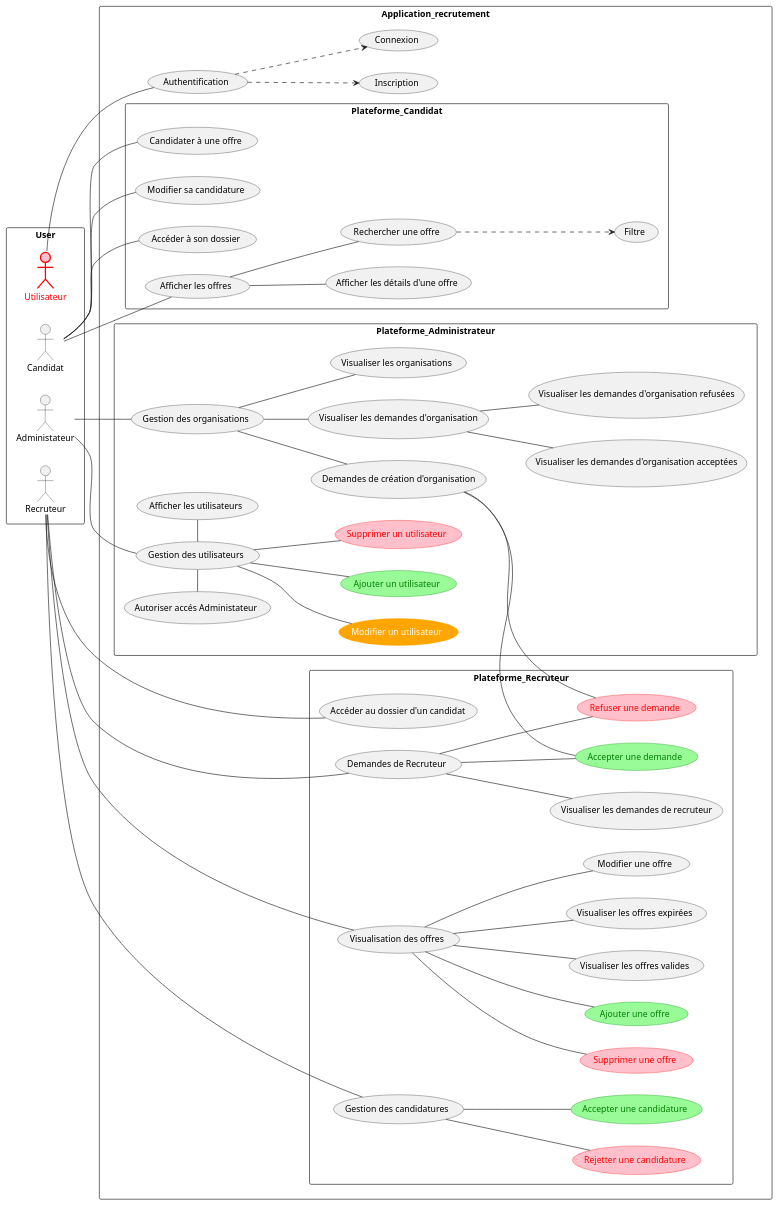
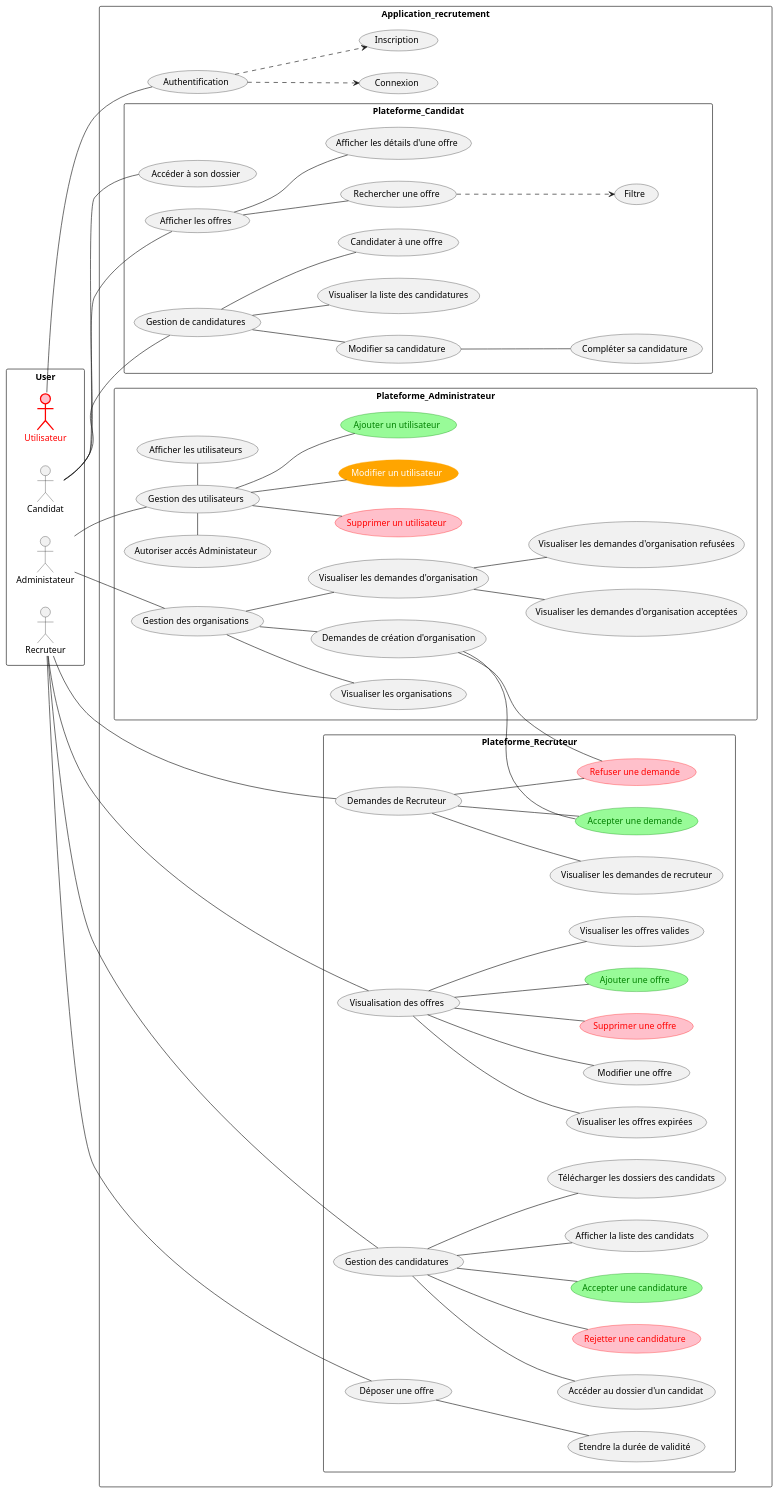
Before and after one commit to sacha-sz/UTC-SR10: the diagram in Usecase.pu, drawn with PlantUML. The commit also changed 1 other file, not shown here.

```diff
--- a/Usecase.pu
+++ b/Usecase.pu
@@ -1,83 +1,94 @@
 @startuml Usecase
 
 left to right direction
 rectangle User {
     actor Candidat
     actor Recruteur
     actor Administateur
 
     actor Utilisateur #pink;line:red;line.bold;text:red
 }
 
 rectangle Application_recrutement {
     Utilisateur -- (Authentification)
     (Authentification) ..> (Connexion)
     (Authentification) ..> (Inscription)
 
 
     rectangle  Plateforme_Recruteur {
+        
         Recruteur -- (Visualisation des offres)
         (Visualisation des offres) -- (Visualiser les offres valides)
         (Visualisation des offres) -- (Visualiser les offres expirées)
         (Visualisation des offres) -- (Modifier une offre)
         (Visualisation des offres) -- (Supprimer une offre)
         (Visualisation des offres) -- (Ajouter une offre)
         (Ajouter une offre) #PaleGreen;line:green;text:green
         (Supprimer une offre) #pink;line:red;text:red
 
         Recruteur -- (Gestion des candidatures)
         (Gestion des candidatures) -- (Rejetter une candidature)
         (Rejetter une candidature) #pink;line:red;text:red
         (Gestion des candidatures) -- (Accepter une candidature)
         (Accepter une candidature) #PaleGreen;line:green;text:green
-        
-        Recruteur -- (Accéder au dossier d'un candidat)
+        (Gestion des candidatures) -- (Afficher la liste des candidats)
+        (Gestion des candidatures) -- (Télécharger les dossiers des candidats)
+        (Gestion des candidatures) -- (Accéder au dossier d'un candidat)
 
         Recruteur -- (Demandes de Recruteur)
         (Demandes de Recruteur) -- (Visualiser les demandes de recruteur)
         (Demandes de Recruteur) -- (Accepter une demande)
         (Demandes de Recruteur) -- (Refuser une demande)
         (Refuser une demande) #pink;line:red;text:red
         (Accepter une demande) #PaleGreen;line:green;text:green
+
+        
+        Recruteur -- (Déposer une offre)
+        (Déposer une offre) -- (Etendre la durée de validité)
 
     }
 
     rectangle  Plateforme_Candidat {
         Candidat -- (Accéder à son dossier)
 
         Candidat -- (Afficher les offres)
         (Afficher les offres) -- (Afficher les détails d'une offre)
         (Afficher les offres) -- (Rechercher une offre) 
         (Rechercher une offre) ..> (Filtre)
 
-        Candidat -- (Candidater à une offre)
-        Candidat -- (Modifier sa candidature)
+        Candidat -- (Gestion de candidatures)
+
+        (Gestion de candidatures) -- (Candidater à une offre)
+        (Gestion de candidatures) -- (Modifier sa candidature)
+        (Gestion de candidatures) -- (Visualiser la liste des candidatures)
+
+        (Modifier sa candidature) -- (Compléter sa candidature)
     }
 
     rectangle Plateforme_Administrateur {
         Administateur -- (Gestion des utilisateurs)
         (Gestion des utilisateurs) - (Afficher les utilisateurs)
         (Autoriser accés Administateur) - (Gestion des utilisateurs)
         (Gestion des utilisateurs) -- (Supprimer un utilisateur)
         (Gestion des utilisateurs) -- (Modifier un utilisateur)
         (Gestion des utilisateurs) -- (Ajouter un utilisateur) 
         (Ajouter un utilisateur) #PaleGreen;line:green;text:green
         (Supprimer un utilisateur) #pink;line:red;text:red
         (Modifier un utilisateur) #Orange;line:orange;text:White
 
 
         Administateur -- (Gestion des organisations)
         (Gestion des organisations) -- (Visualiser les organisations)
         (Gestion des organisations) -- (Visualiser les demandes d'organisation)
         (Visualiser les demandes d'organisation) -- (Visualiser les demandes d'organisation acceptées)
         (Visualiser les demandes d'organisation) -- (Visualiser les demandes d'organisation refusées)
 
         (Gestion des organisations) -- (Demandes de création d'organisation)
         (Demandes de création d'organisation) -- (Accepter une demande)
         (Demandes de création d'organisation) -- (Refuser une demande)
         (Accepter une demande) #PaleGreen;line:green;text:green
         (Refuser une demande) #pink;line:red;text:red
     }
 }
 
 @enduml
```
